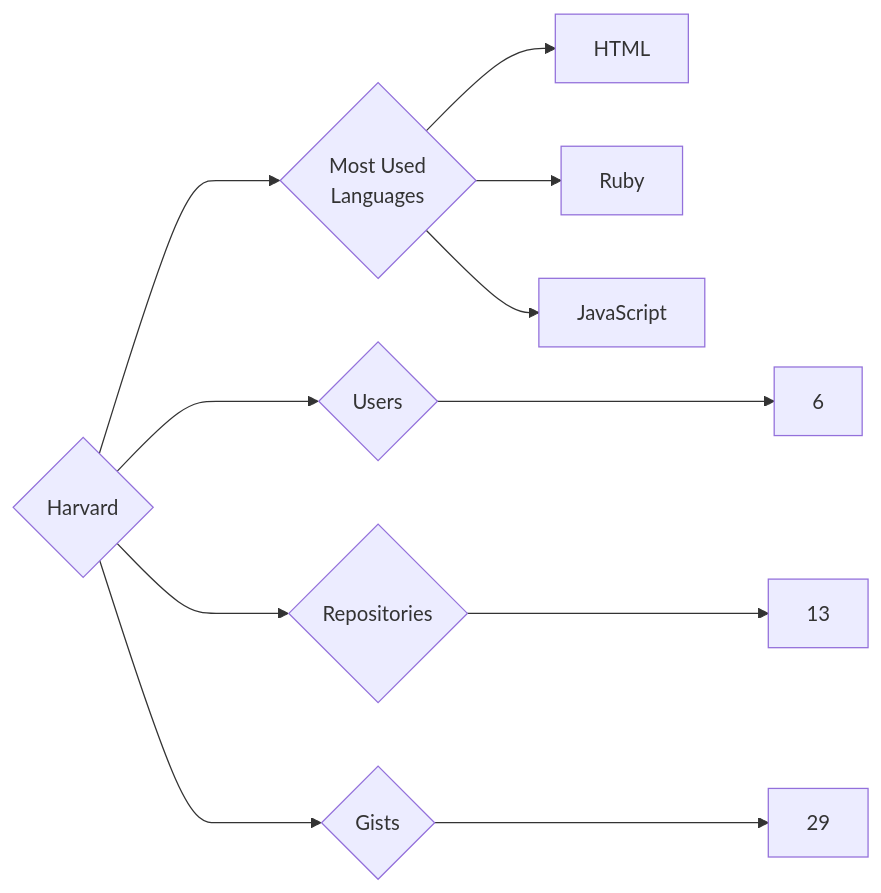
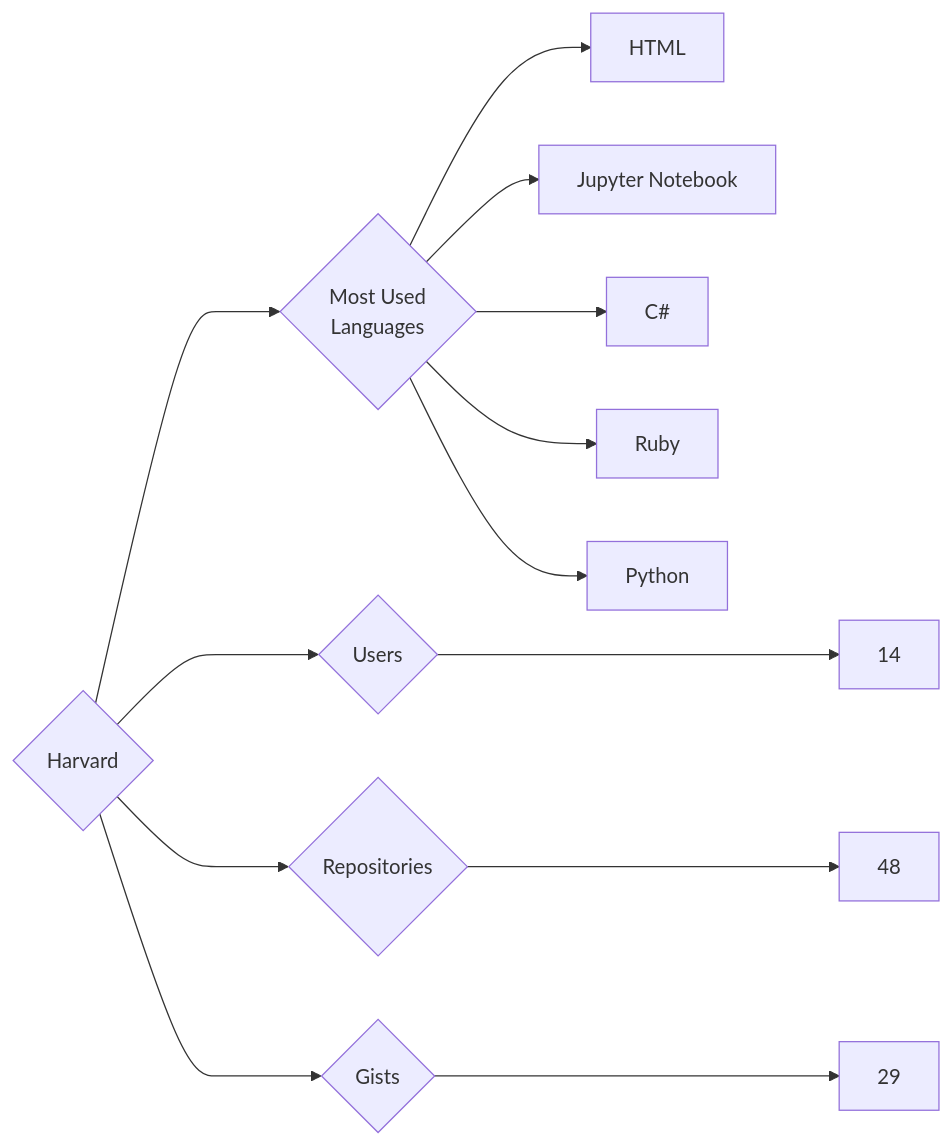
Before and after one commit to trickest/insiders: the diagram in targets/Harvard/README.md, drawn with Mermaid. The commit also changed 1055 other files, not shown here.

````diff
--- a/targets/Harvard/README.md
+++ b/targets/Harvard/README.md
@@ -3,11 +3,13 @@
 ```mermaid
 graph LR
 COMPANY_NAME{Harvard}
-COMPANY_NAME ---> U{Users} ---> UN[6]
-COMPANY_NAME ---> R{Repositories} ---> RN[13]
+COMPANY_NAME ---> U{Users} ---> UN[14]
+COMPANY_NAME ---> R{Repositories} ---> RN[48]
 COMPANY_NAME ---> G{Gists} ---> GN[29]
 COMPANY_NAME ---> ML{Most Used<br>Languages}
 ML --> HTML[HTML]
+ML --> Jupyter_Notebook[Jupyter Notebook]
+ML --> C#[C#]
 ML --> Ruby[Ruby]
-ML --> JavaScript[JavaScript]
+ML --> Python[Python]
 ```
````
